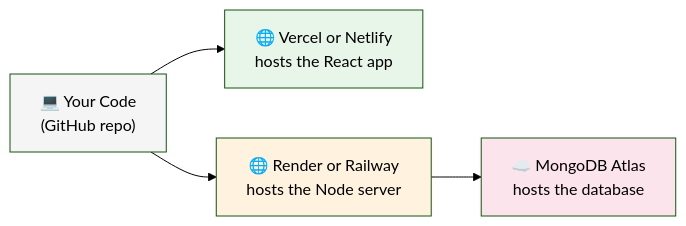
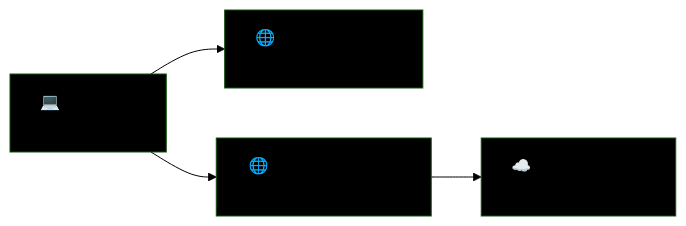
Before and after one commit to Jagrutitri/Expense_tracker: the second of 2 diagrams in README.md, drawn with Mermaid (forest theme). The commit also changed other lines of this file, not shown here.

Commit message:
Revise deployment image and change diagram colors
Updated deployment image and modified diagram styles to black.

````diff
--- a/README.md
+++ b/README.md
@@ -41,11 +40,11 @@
 ```mermaid
 flowchart LR
     A["💻 Your Code<br/>(GitHub repo)"] --> B["🌐 Vercel or Netlify<br/>hosts the React app"]
     A --> C["🌐 Render or Railway<br/>hosts the Node server"]
     C --> D["☁️ MongoDB Atlas<br/>hosts the database"]
 
-    style A fill:#f5f5f5
-    style B fill:#e8f5e9
-    style C fill:#fff3e0
-    style D fill:#fce4ec
+    style A fill:#000000
+    style B fill:#000000
+    style C fill:#000000
+    style D fill:#000000
 ```
````
